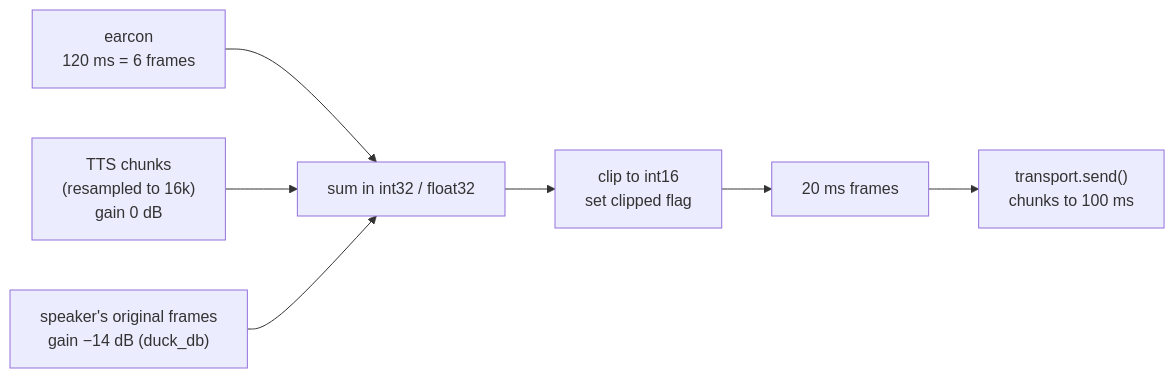
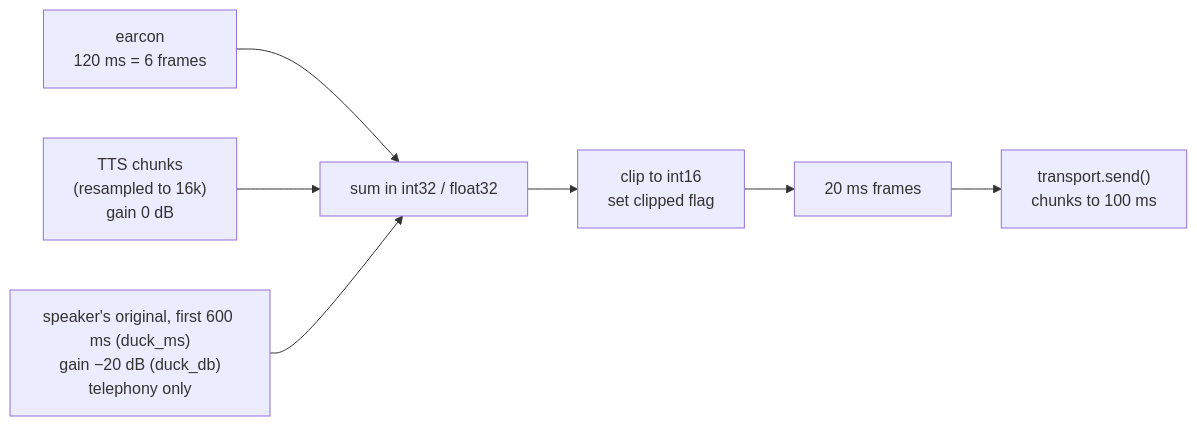
The diagram in docs/tech-spec/audio.md (rohansx/convox), drawn with Mermaid before and after one commit. The commit also changed other lines of this file and 3 other files, not shown here.

Commit message:
docs: describe the short telephony-only duck and the cross-talk and echo gate

````diff
--- a/docs/tech-spec/audio.md
+++ b/docs/tech-spec/audio.md
@@ -111,8 +112,8 @@
 ```mermaid
 flowchart LR
     E["earcon<br/>120 ms = 6 frames"] --> SUM
     T["TTS chunks<br/>(resampled to 16k)<br/>gain 0 dB"] --> SUM
-    O["speaker's original frames<br/>gain −14 dB (duck_db)"] --> SUM
+    O["speaker's original, first 600 ms (duck_ms)<br/>gain −20 dB (duck_db)<br/>telephony only"] --> SUM
     SUM["sum in int32 / float32"] --> C["clip to int16<br/>set clipped flag"]
     C --> F["20 ms frames"] --> TR["transport.send()<br/>chunks to 100 ms"]
 ```
````
